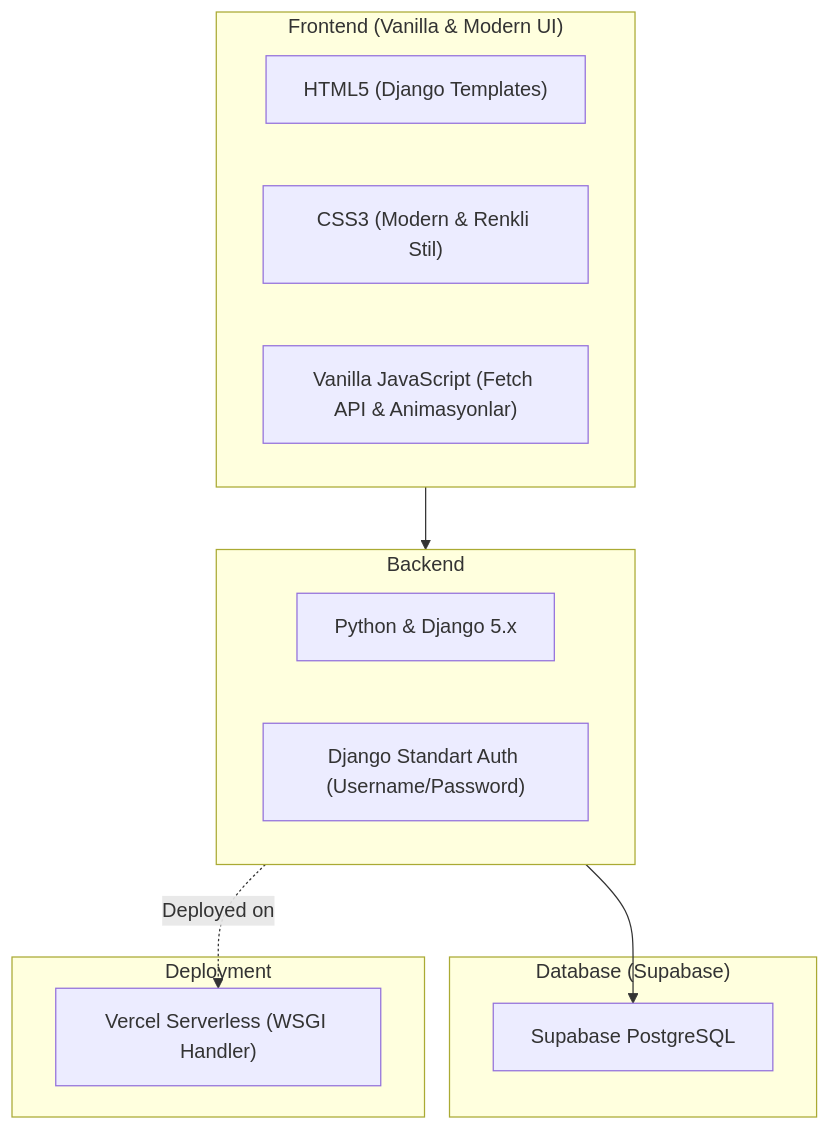
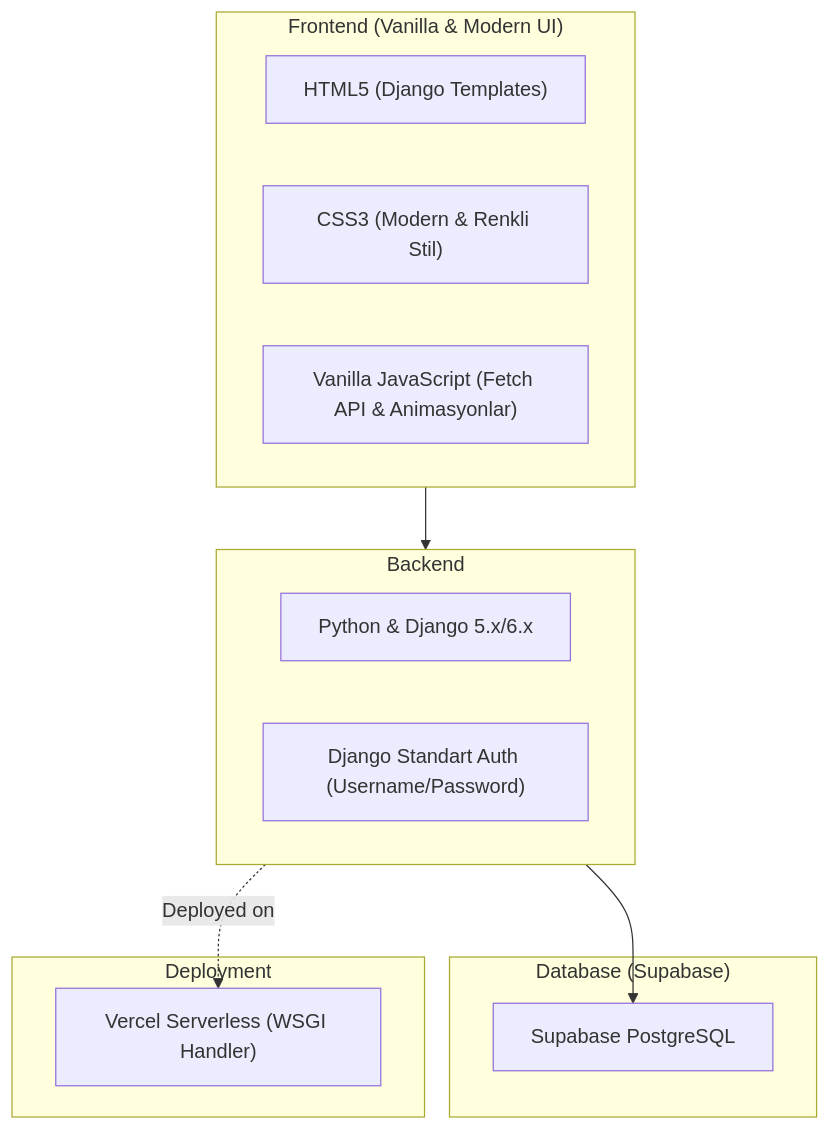
The first of 2 diagrams in README.md (bisraunal/kararsizim), drawn with Mermaid before and after one commit. The commit also changed other lines of this file and 1 other file, not shown here.

````diff
--- a/README.md
+++ b/README.md
@@ -57,25 +58,25 @@
 ```mermaid
 flowchart TD
     subgraph Frontend["Frontend (Vanilla & Modern UI)"]
         HTML["HTML5 (Django Templates)"]
         CSS["CSS3 (Modern & Renkli Stil)"]
         JS["Vanilla JavaScript (Fetch API & Animasyonlar)"]
     end
 
     subgraph Backend["Backend"]
-        Django["Python & Django 5.x"]
+        Django["Python & Django 5.x/6.x"]
         Auth["Django Standart Auth (Username/Password)"]
     end
 
     subgraph Database["Database (Supabase)"]
         Postgres["Supabase PostgreSQL"]
     end
 
     subgraph Hosting["Deployment"]
         Vercel["Vercel Serverless (WSGI Handler)"]
     end
 
     Frontend --> Backend
     Backend --> Postgres
     Backend -. Deployed on .-> Vercel
 ```
````
